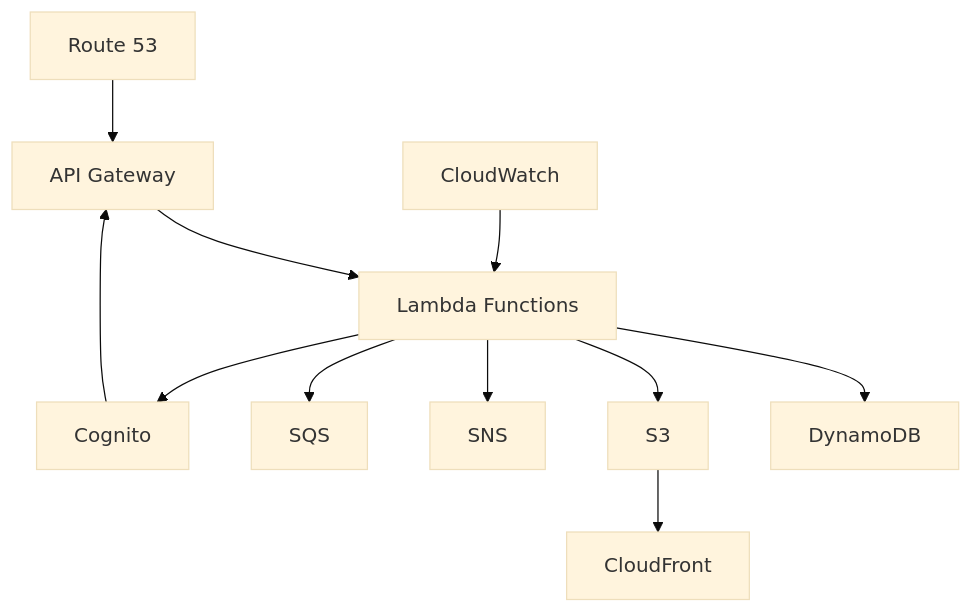
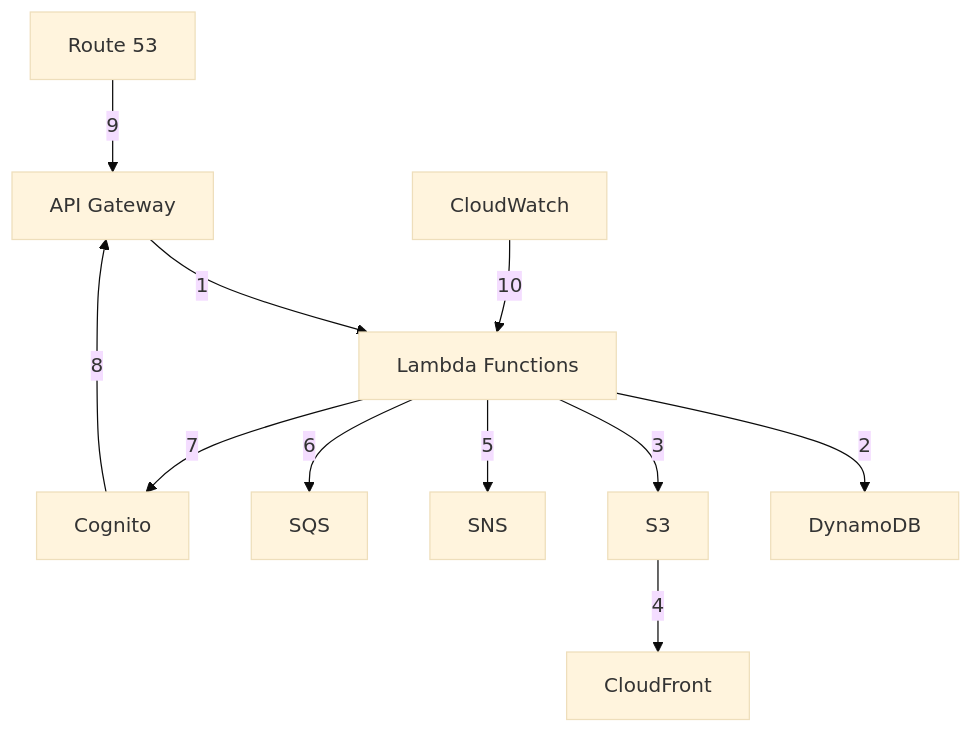
One commit to ankitnwemp/demo changed the diagram in README.md. Above: the diagram before and after it, drawn with Mermaid (base theme).

Commit message:
Update README.md
y

````diff
--- a/README.md
+++ b/README.md
@@ -9,13 +9,13 @@
 ```mermaid
 graph TD;
-    A[API Gateway] --> B[Lambda Functions];
-    B --> C[DynamoDB];
-    B --> D[S3];
-    D --> E[CloudFront];
-    B --> F[SNS];
-    B --> G[SQS];
-    B --> H[Cognito];
-    H --> A;
-    I[Route 53] --> A;
-    J[CloudWatch] --> B;
+    A[API Gateway] -->|1| B[Lambda Functions];
+    B -->|2| C[DynamoDB];
+    B -->|3| D[S3];
+    D -->|4| E[CloudFront];
+    B -->|5| F[SNS];
+    B -->|6| G[SQS];
+    B -->|7| H[Cognito];
+    H -->|8| A;
+    I[Route 53] -->|9| A;
+    J[CloudWatch] -->|10| B;
 ```
````
